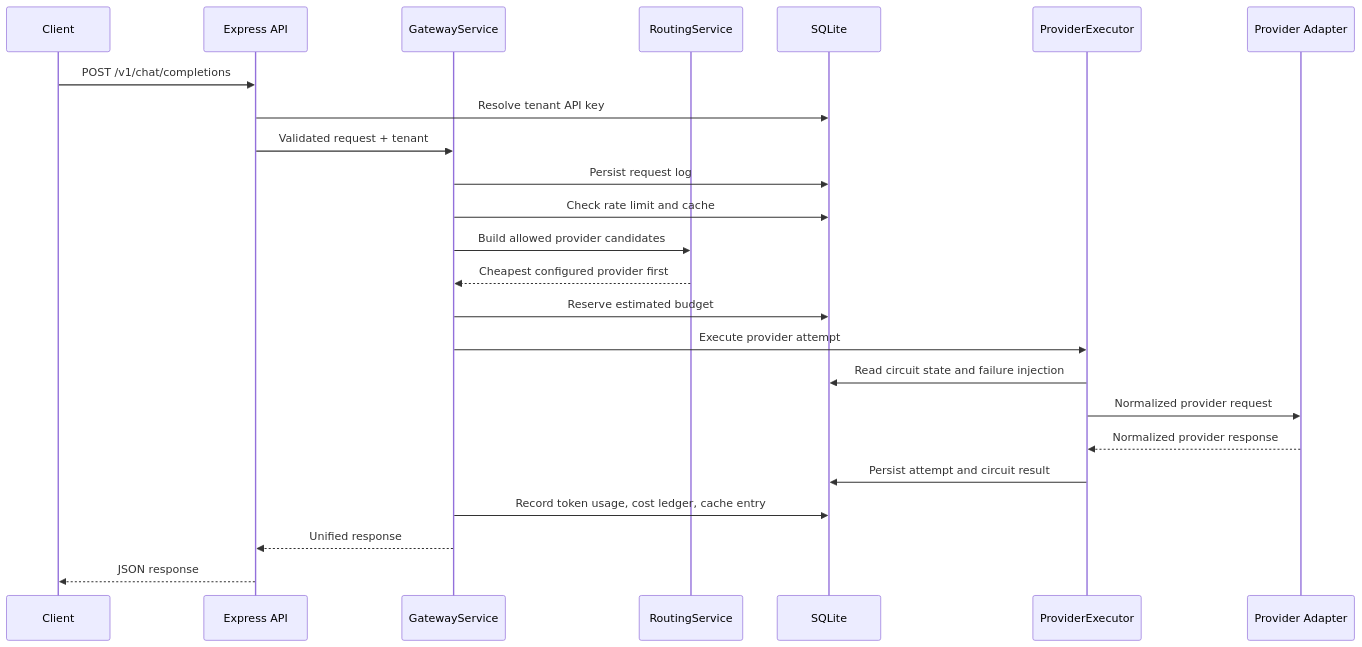
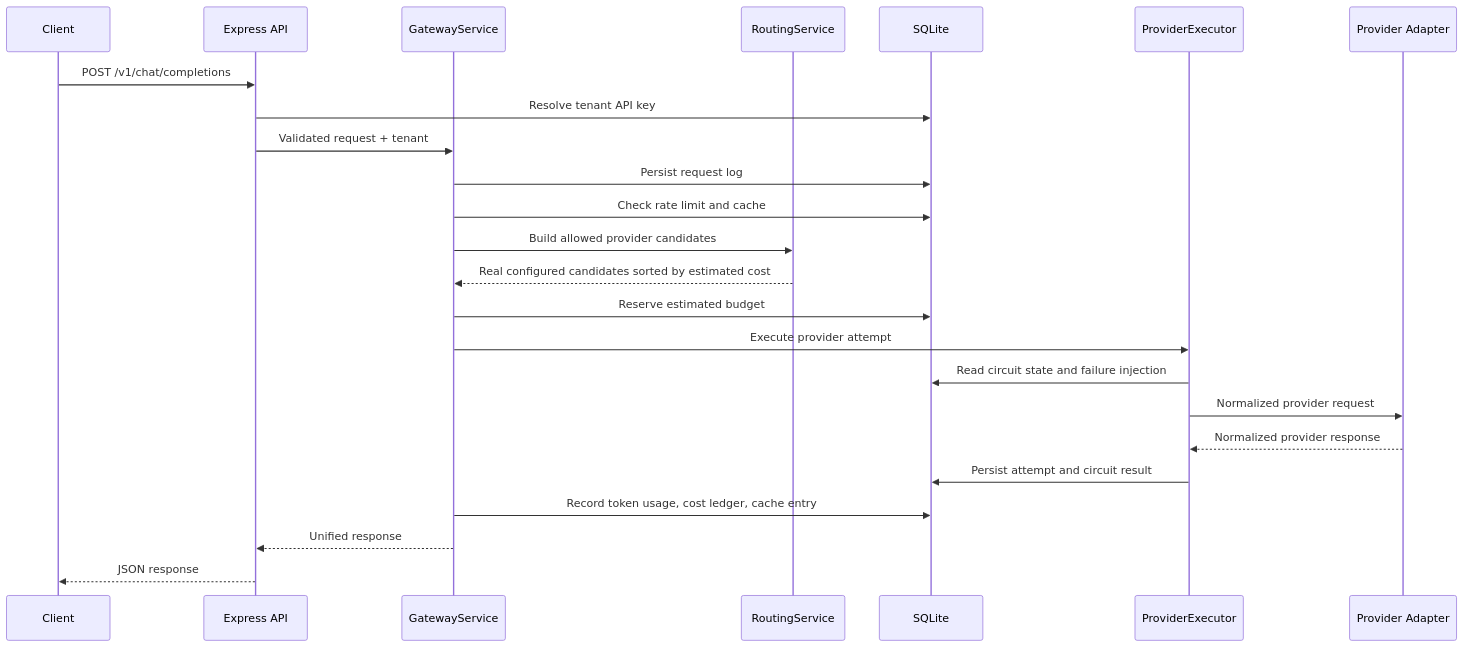
The second of 2 diagrams in DESIGN.md (mithleshupadhyay/skyclad), drawn with Mermaid before and after one commit. The commit also changed other lines of this file, not shown here.

````diff
--- a/DESIGN.md
+++ b/DESIGN.md
@@ -62,27 +62,27 @@
 ```mermaid
 sequenceDiagram
   participant C as Client
   participant A as Express API
   participant G as GatewayService
   participant R as RoutingService
   participant DB as SQLite
   participant E as ProviderExecutor
   participant P as Provider Adapter
 
   C->>A: POST /v1/chat/completions
   A->>DB: Resolve tenant API key
   A->>G: Validated request + tenant
   G->>DB: Persist request log
   G->>DB: Check rate limit and cache
   G->>R: Build allowed provider candidates
-  R-->>G: Cheapest configured provider first
+  R-->>G: Real configured candidates sorted by estimated cost
   G->>DB: Reserve estimated budget
   G->>E: Execute provider attempt
   E->>DB: Read circuit state and failure injection
   E->>P: Normalized provider request
   P-->>E: Normalized provider response
   E->>DB: Persist attempt and circuit result
   G->>DB: Record token usage, cost ledger, cache entry
   G-->>A: Unified response
   A-->>C: JSON response
 ```
````
